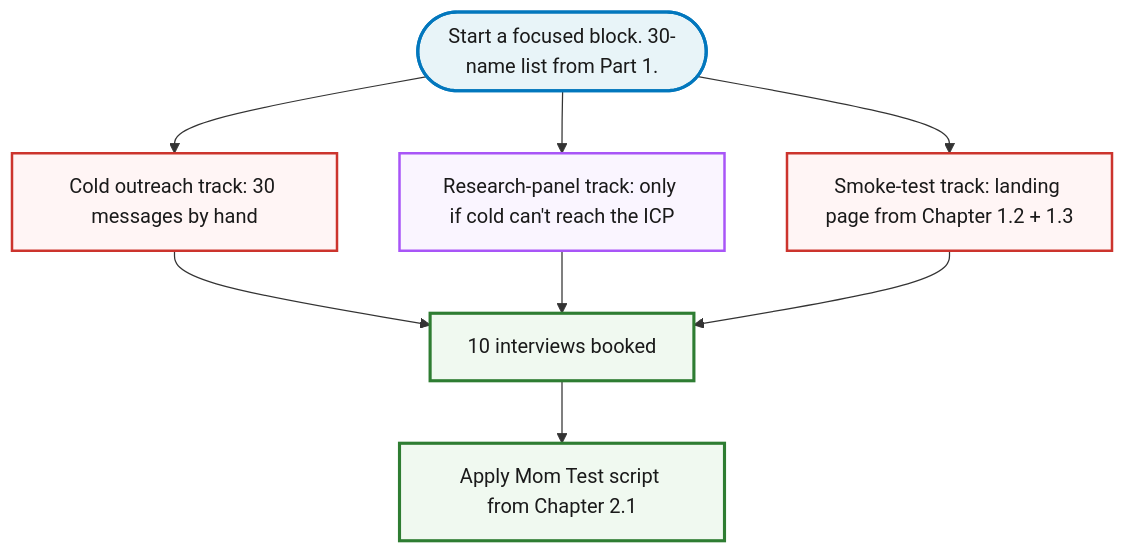
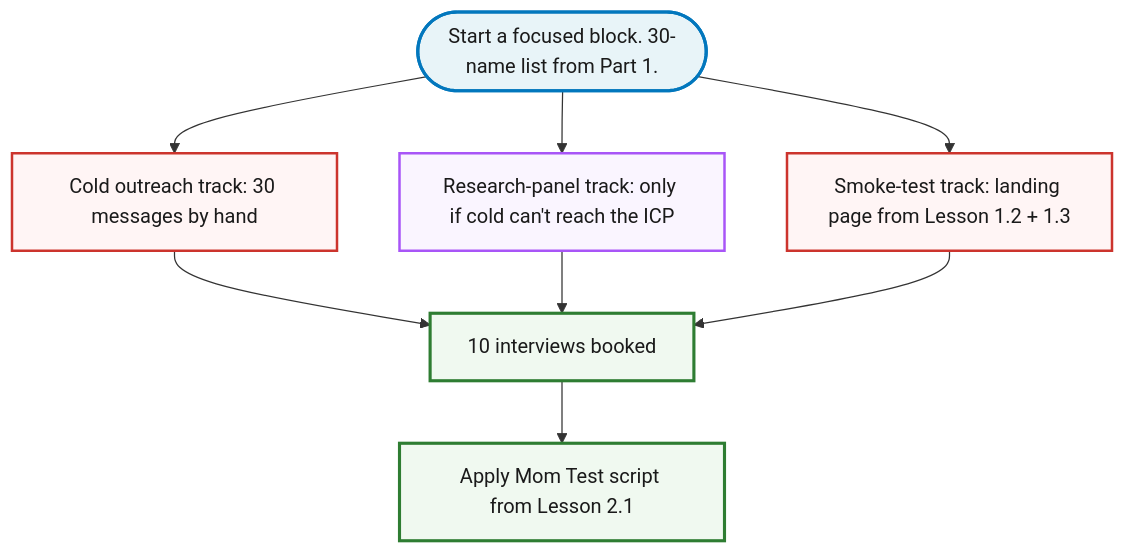
The diagram in content/course/tech-for-non-technical-founders-2026/find-10-people-with-problem-outreach-2026/index.md (jetthoughts/jetthoughts.github.io), drawn with Mermaid before and after one commit. The commit also changed other lines of this file and 56 other files, not shown here.

````diff
--- a/content/course/tech-for-non-technical-founders-2026/find-10-people-with-problem-outreach-2026/index.md
+++ b/content/course/tech-for-non-technical-founders-2026/find-10-people-with-problem-outreach-2026/index.md
@@ -147,22 +147,22 @@
 ```mermaid
 %%{init: {'theme':'base', 'themeVariables': {'fontFamily':'Caveat, Patrick Hand, Comic Sans MS, cursive', 'primaryColor':'#fff5f5', 'primaryBorderColor':'#cc342d', 'lineColor':'#333', 'primaryTextColor':'#1a1a1a'}}}%%
 flowchart TD
     A(["Start a focused block. 30-name list from Part 1."])
     A --> B[Cold outreach track: 30 messages by hand]
     A --> C[Research-panel track: only if cold can't reach the ICP]
-    A --> D[Smoke-test track: landing page from Chapter 1.2 + 1.3]
+    A --> D[Smoke-test track: landing page from Lesson 1.2 + 1.3]
     B --> E[10 interviews booked]
     C --> E
     D --> E
-    E --> F[Apply Mom Test script from Chapter 2.1]
+    E --> F[Apply Mom Test script from Lesson 2.1]
 
     classDef start fill:#e8f4f8,stroke:#0277bd,stroke-width:2.5px,color:#1a1a1a
     classDef track fill:#fff5f5,stroke:#cc342d,stroke-width:2px,color:#1a1a1a
     classDef paid fill:#faf5ff,stroke:#a855f7,stroke-width:2px,color:#1a1a1a
     classDef goal fill:#f0f9f0,stroke:#2e7d32,stroke-width:2.5px,color:#1a1a1a
 
     class A start
     class B,D track
     class C paid
     class E,F goal
 ```
````
